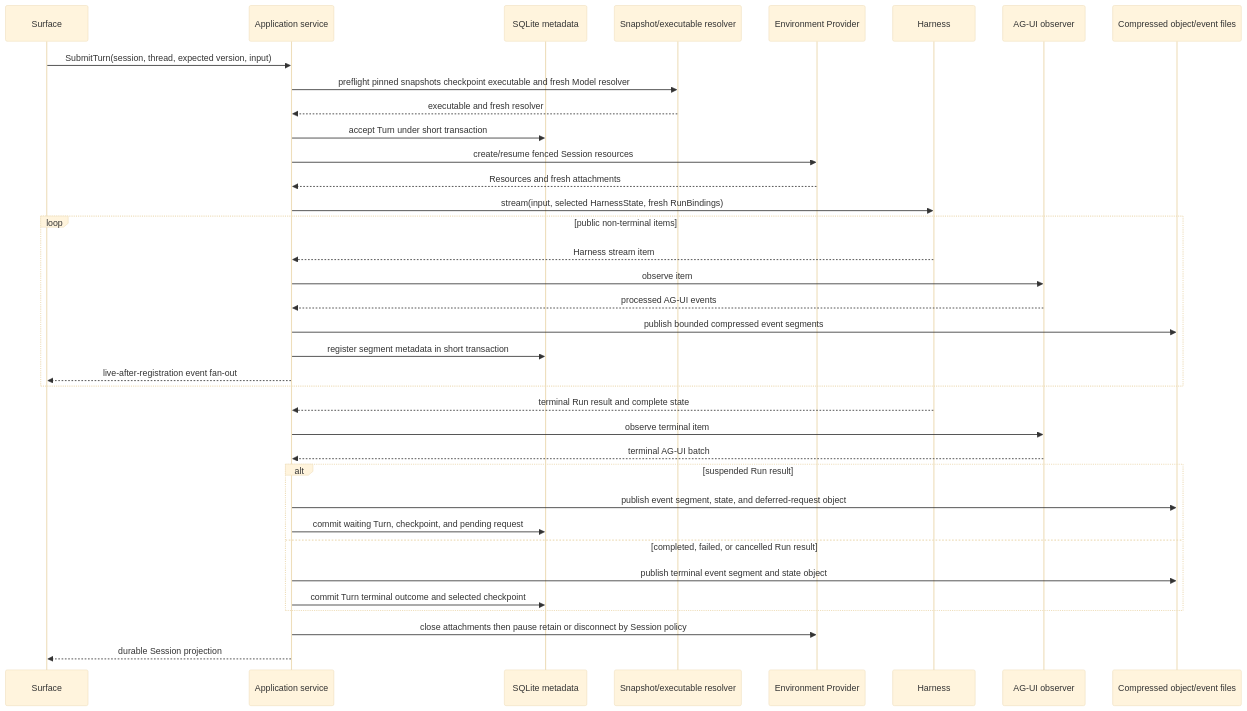
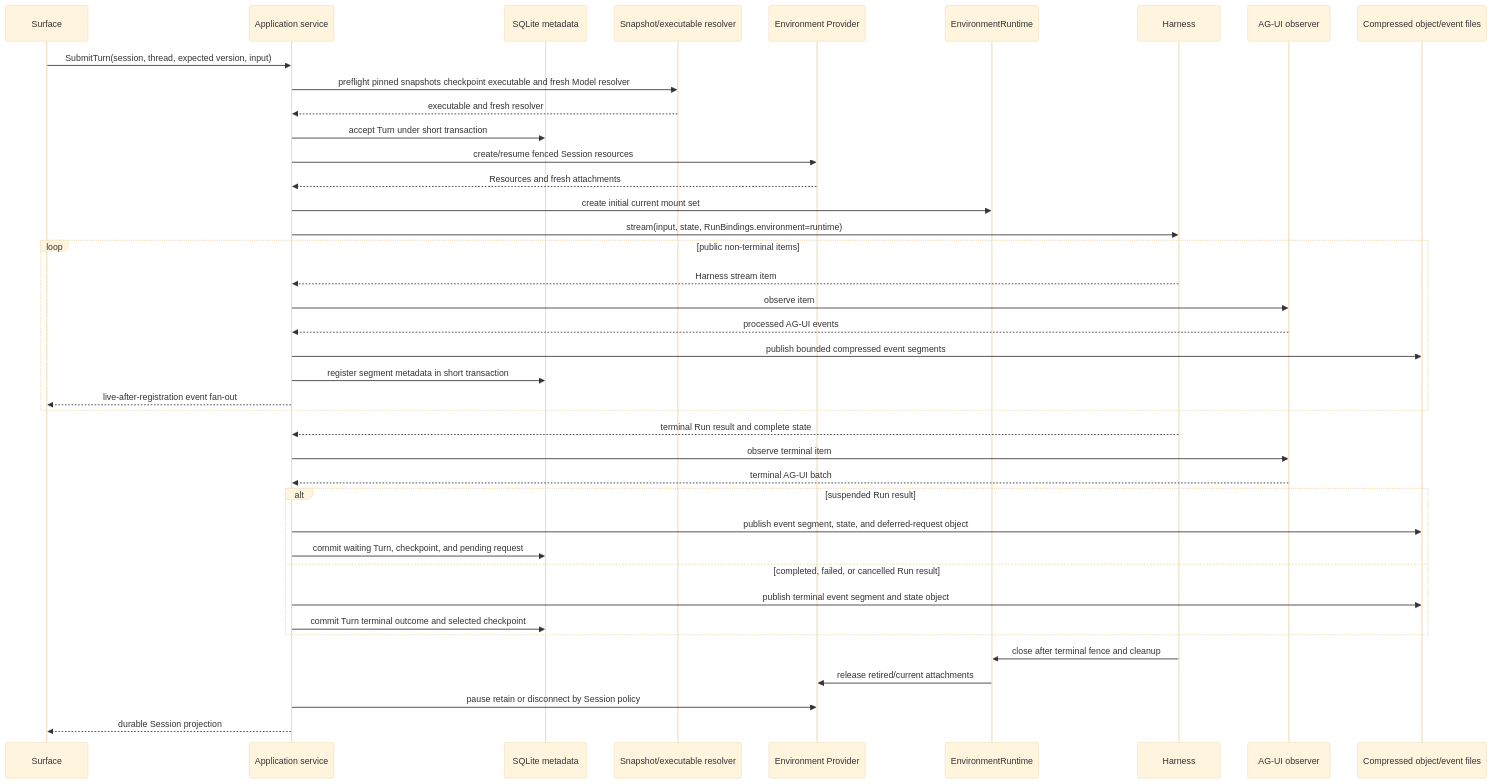
One commit to LTThreeComma/agent-foundation changed the fourth of 7 diagrams in spec/agent-ui/05-runtime-subagents-and-surfaces.md. Above: the diagram before and after it, drawn with Mermaid (base theme). The commit also changed other lines of this file and 135 other files, not shown here.

Commit message:
refactor(environment): adopt runtime mount model (#56)

````diff
--- a/spec/agent-ui/05-runtime-subagents-and-surfaces.md
+++ b/spec/agent-ui/05-runtime-subagents-and-surfaces.md
@@ -190,39 +190,43 @@
 ```mermaid
 sequenceDiagram
     participant Surface
     participant App as Application service
     participant DB as SQLite metadata
     participant Resolver as Snapshot/executable resolver
     participant Provider as Environment Provider
+    participant Runtime as EnvironmentRuntime
     participant Harness
     participant Observer as AG-UI observer
     participant Files as Compressed object/event files
 
     Surface->>App: SubmitTurn(session, thread, expected version, input)
     App->>Resolver: preflight pinned snapshots checkpoint executable and fresh Model resolver
     Resolver-->>App: executable and fresh resolver
     App->>DB: accept Turn under short transaction
     App->>Provider: create/resume fenced Session resources
     Provider-->>App: Resources and fresh attachments
-    App->>Harness: stream(input, selected HarnessState, fresh RunBindings)
+    App->>Runtime: create initial current mount set
+    App->>Harness: stream(input, state, RunBindings.environment=runtime)
     loop public non-terminal items
         Harness-->>App: Harness stream item
         App->>Observer: observe item
         Observer-->>App: processed AG-UI events
         App->>Files: publish bounded compressed event segments
         App->>DB: register segment metadata in short transaction
         App-->>Surface: live-after-registration event fan-out
     end
     Harness-->>App: terminal Run result and complete state
     App->>Observer: observe terminal item
     Observer-->>App: terminal AG-UI batch
     alt suspended Run result
         App->>Files: publish event segment, state, and deferred-request object
         App->>DB: commit waiting Turn, checkpoint, and pending request
     else completed, failed, or cancelled Run result
         App->>Files: publish terminal event segment and state object
         App->>DB: commit Turn terminal outcome and selected checkpoint
     end
-    App->>Provider: close attachments then pause retain or disconnect by Session policy
+    Harness->>Runtime: close after terminal fence and cleanup
+    Runtime->>Provider: release retired/current attachments
+    App->>Provider: pause retain or disconnect by Session policy
     App-->>Surface: durable Session projection
 ```
````
